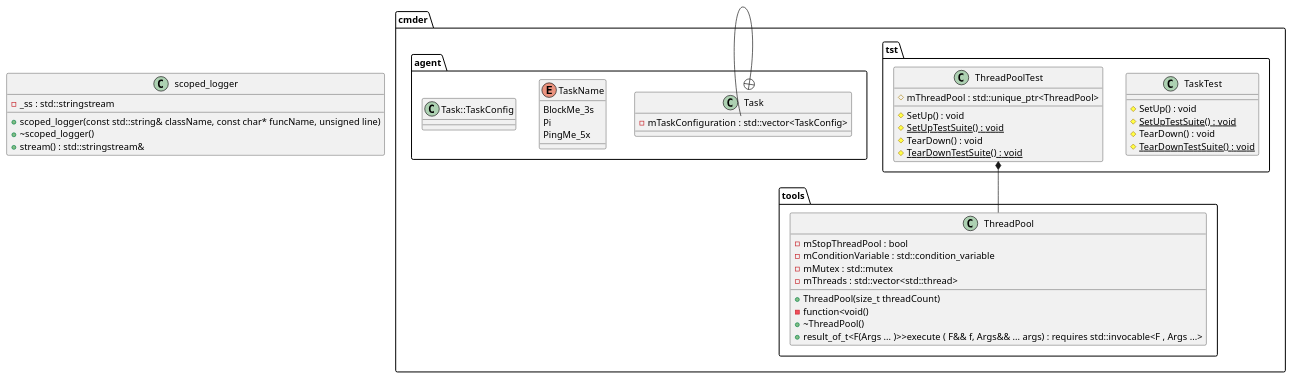
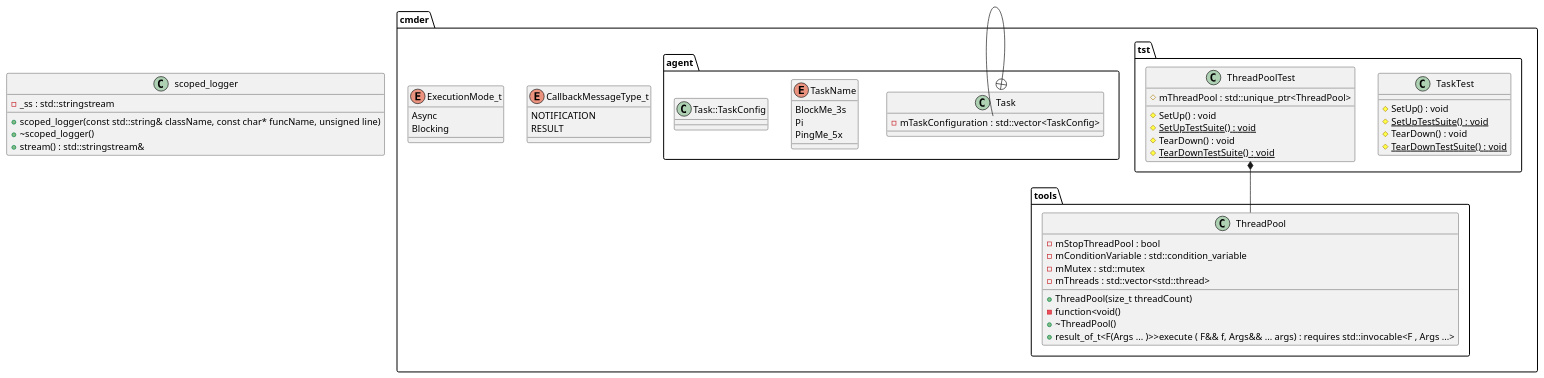
Before and after one commit to h6wk/Cmder2: the diagram in doc/classdiagram.puml, drawn with PlantUML. The commit also changed 5 other files, not shown here.

```diff
--- a/doc/classdiagram.puml
+++ b/doc/classdiagram.puml
@@ -1,89 +1,99 @@
 @startuml
 
 
 
 
 
 /' Objects '/
 
 class scoped_logger {
 	+scoped_logger(const std::string& className, const char* funcName, unsigned line)
 	+~scoped_logger()
 	-_ss : std::stringstream
 	+stream() : std::stringstream&
 }
 
 
 namespace cmder {
+	enum CallbackMessageType_t {
+		NOTIFICATION
+		RESULT
+	}
+
+	enum ExecutionMode_t {
+		Async
+		Blocking
+	}
+
 	namespace tst {
 		class TaskTest {
 			#SetUp() : void
 			#{static} SetUpTestSuite() : void
 			#TearDown() : void
 			#{static} TearDownTestSuite() : void
 		}
 
 		class ThreadPoolTest {
 			#mThreadPool : std::unique_ptr<ThreadPool>
 			#SetUp() : void
 			#{static} SetUpTestSuite() : void
 			#TearDown() : void
 			#{static} TearDownTestSuite() : void
 		}
 	}
 
 	namespace tools {
 		class ThreadPool {
 			+ThreadPool(size_t threadCount)
 			-function<void()
 			+~ThreadPool()
 			-mStopThreadPool : bool
 			+result_of_t<F(Args ... )>>execute ( F&& f, Args&& ... args) : requires std::invocable<F , Args ...>
 			-mConditionVariable : std::condition_variable
 			-mMutex : std::mutex
 			-mThreads : std::vector<std::thread>
 		}
 	}
 
 	namespace agent {
 		class Task {
 			-mTaskConfiguration : std::vector<TaskConfig>
 		}
 
 		enum TaskName {
 			BlockMe_3s
 			Pi
 			PingMe_5x
 		}
 
 		class Task::TaskConfig {
 		}
 	}
 }
 
 
 
 
 
 /' Inheritance relationships '/
 
 
 
 
 /' Aggregation relationships '/
 
 cmder.tst.ThreadPoolTest *-- cmder.tools.ThreadPool
 
 
 
 
 
 
 /' Nested objects '/
 
 cmder.agent.Task +-- cmder.agent.Task::TaskConfig
 
 
 
 
 @enduml
```
